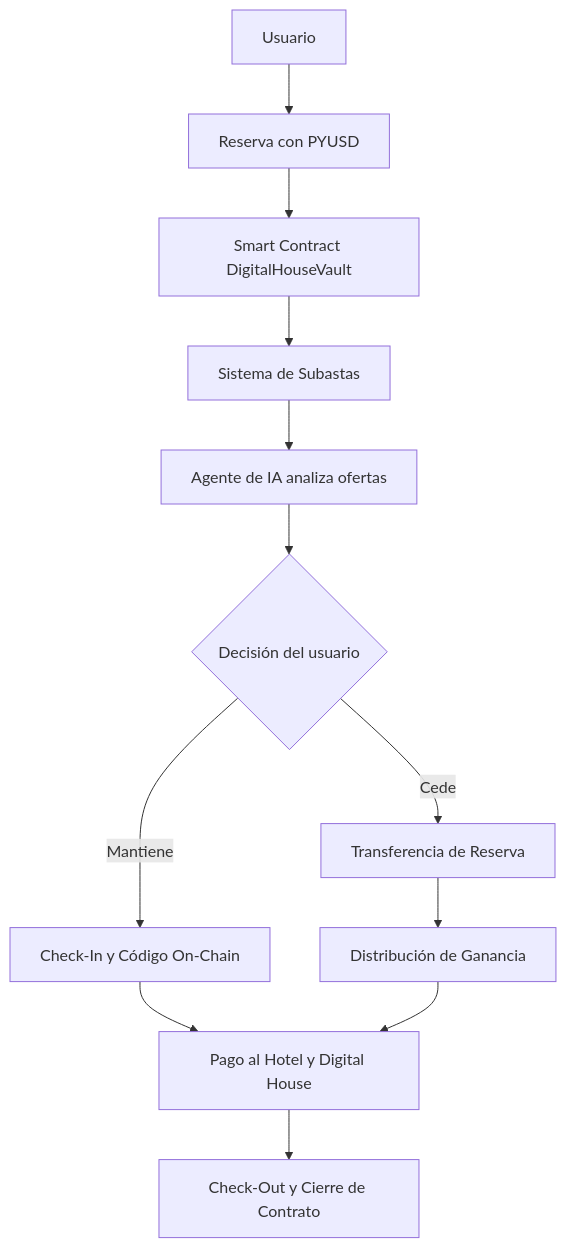
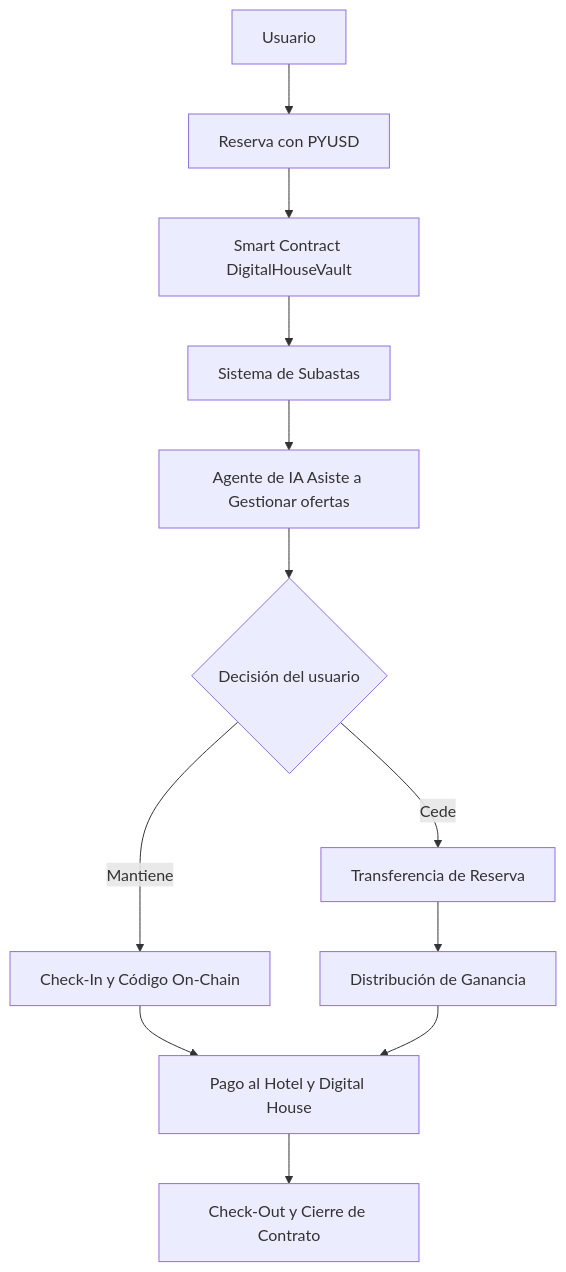
Before and after one commit to Ekinoxis-evm/digitalhouse: the first of 2 diagrams in README.md, drawn with Mermaid.

Commit message:
Update AI agent description in flowchart

````diff
--- a/README.md
+++ b/README.md
@@ -41,15 +41,15 @@
 ```mermaid
 graph TD
 A[Usuario] --> B[Reserva con PYUSD]
 B --> C[Smart Contract DigitalHouseVault]
 C --> D[Sistema de Subastas]
-D --> E[Agente de IA analiza ofertas]
+D --> E[Agente de IA Asiste a Gestionar ofertas]
 E --> F{Decisión del usuario}
 F -->|Mantiene| G[Check-In y Código On-Chain]
 F -->|Cede| H[Transferencia de Reserva]
 G --> I[Pago al Hotel y Digital House]
 H --> J[Distribución de Ganancia]
 J --> I
 I --> K[Check-Out y Cierre de Contrato]
 
 ```
````
